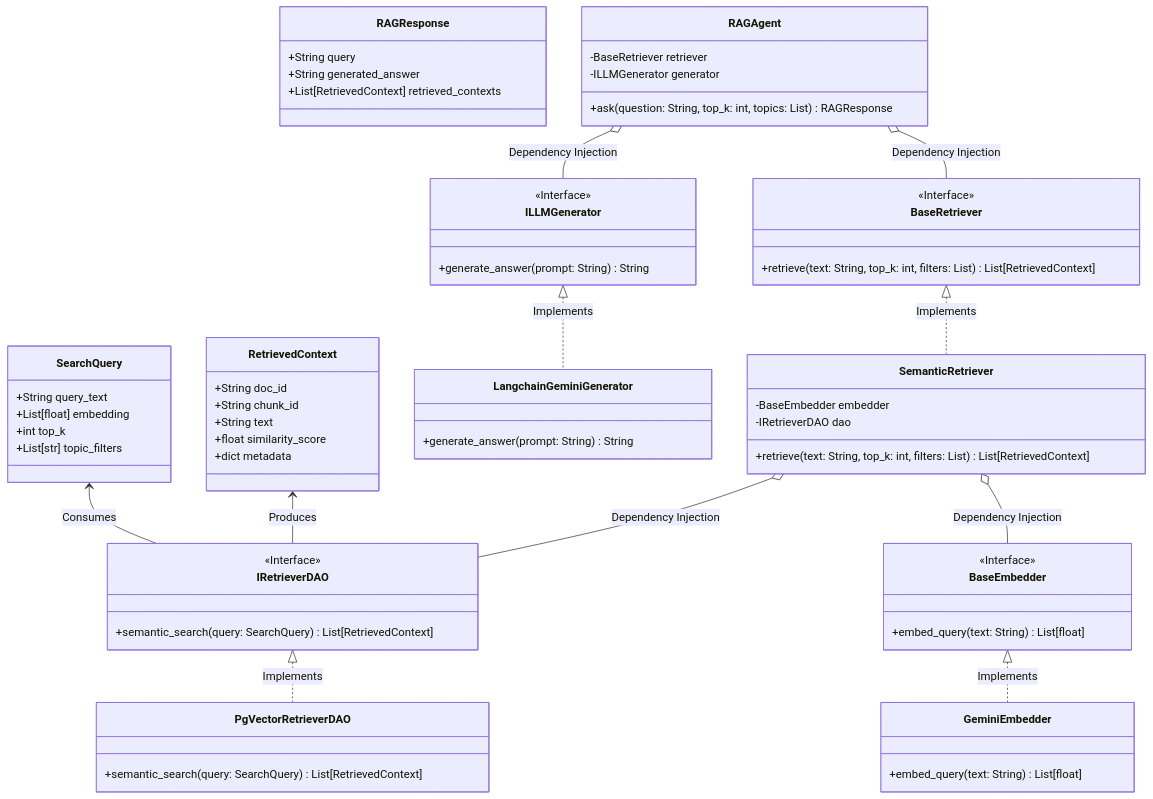
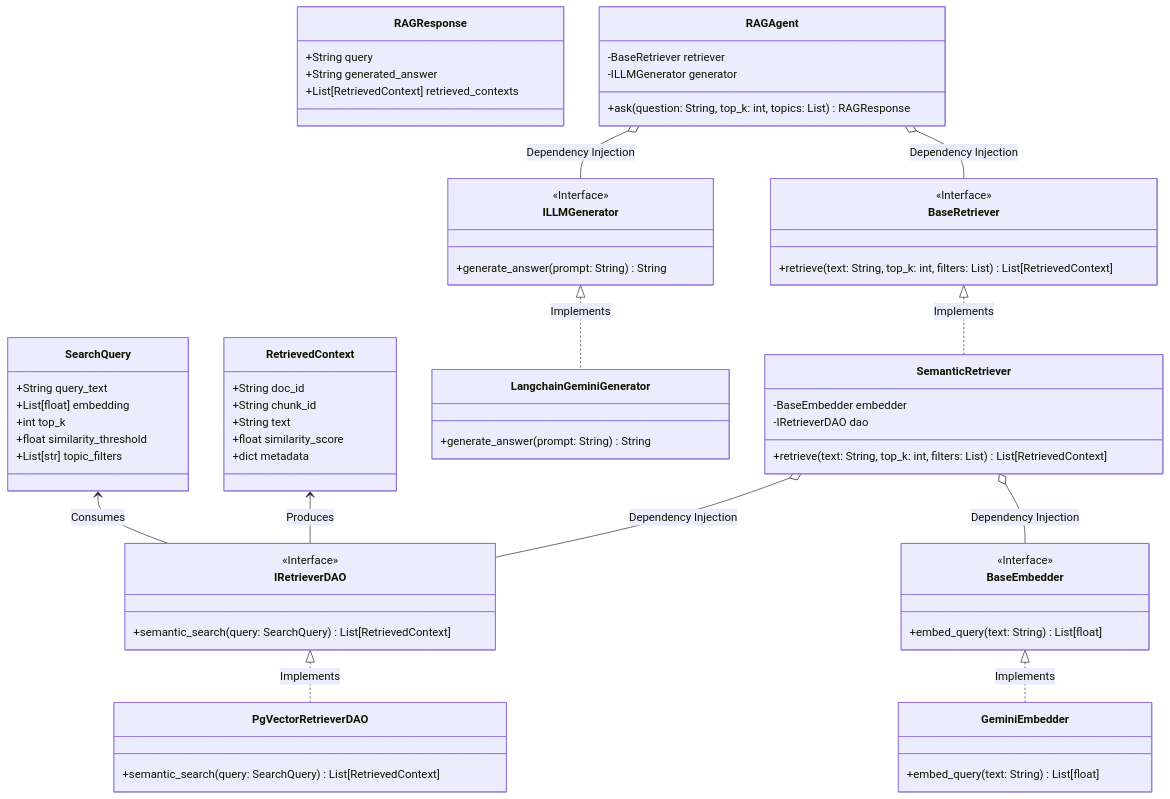
The first of 2 diagrams in docs/phase2_retriever_architecture.md (nvd11/automated-rag-evaluator), drawn with Mermaid before and after one commit. The commit also changed other lines of this file, not shown here.

Commit message:
docs(architecture): add similarity thresholding logic to SearchQuery DTO and DAO explanations

```diff
--- a/docs/phase2_retriever_architecture.md
+++ b/docs/phase2_retriever_architecture.md
@@ -16,6 +16,7 @@
         +String query_text
         +List[float] embedding
         +int top_k
+        +float similarity_threshold
         +List[str] topic_filters
     }
     
```
